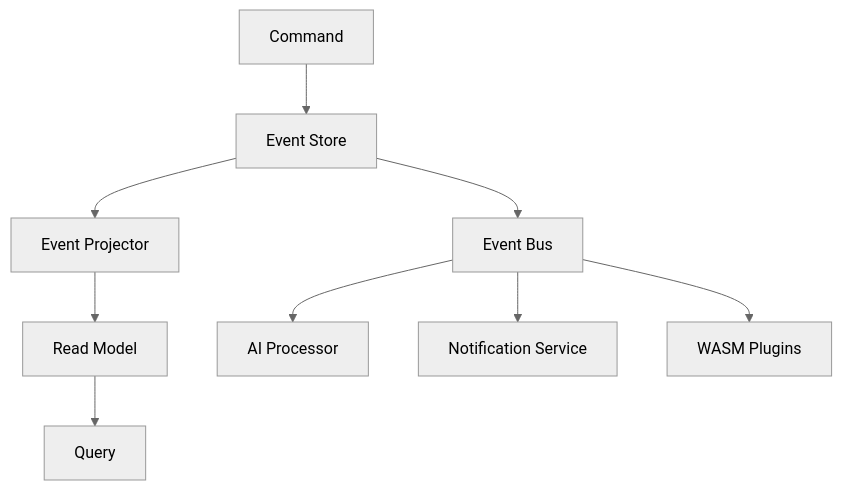
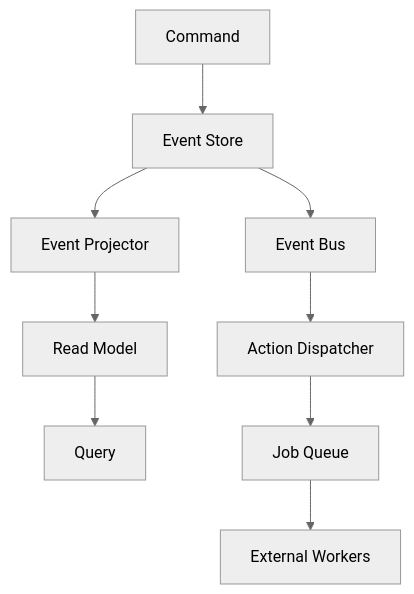
One commit to atomo-cc/atomo changed the diagram in README.md. Above: the diagram before and after it, drawn with Mermaid (neutral theme). The commit also changed other lines of this file and 32 other files, not shown here.

First line of the commit message:
feat: implement Phase 1 action system and replace WASM docs with actions/workers

````diff
--- a/README.md
+++ b/README.md
@@ -124,12 +125,12 @@
 ```mermaid
 graph TD
     A[Command] --> B[Event Store]
     B --> C[Event Projector]
     C --> D[Read Model]
     D --> E[Query]
 
     B --> F[Event Bus]
-    F --> G[AI Processor]
-    F --> H[Notification Service]
-    F --> I[WASM Plugins]
+    F --> G[Action Dispatcher]
+    G --> H[Job Queue]
+    H --> I[External Workers]
 ```
````
